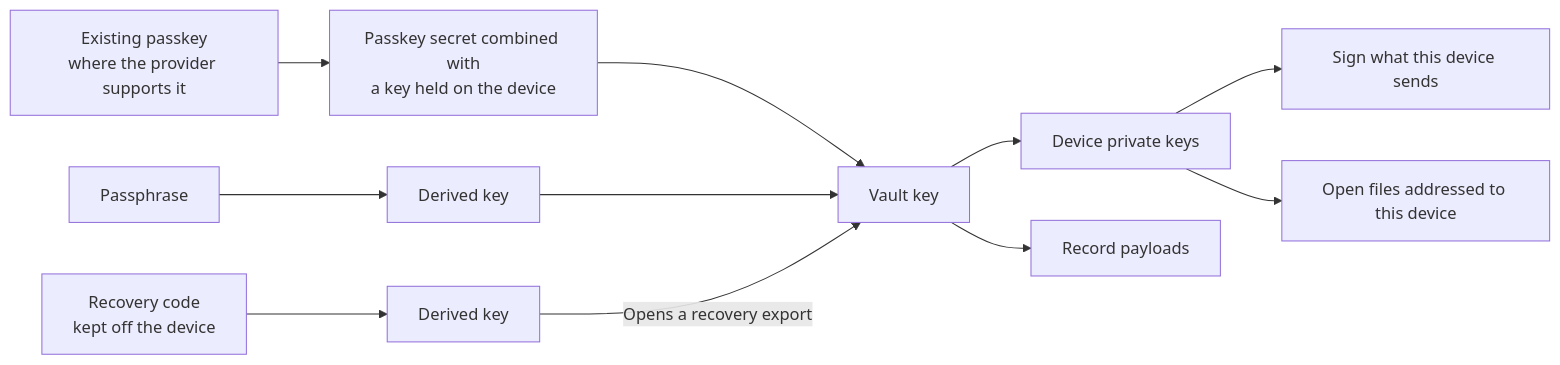
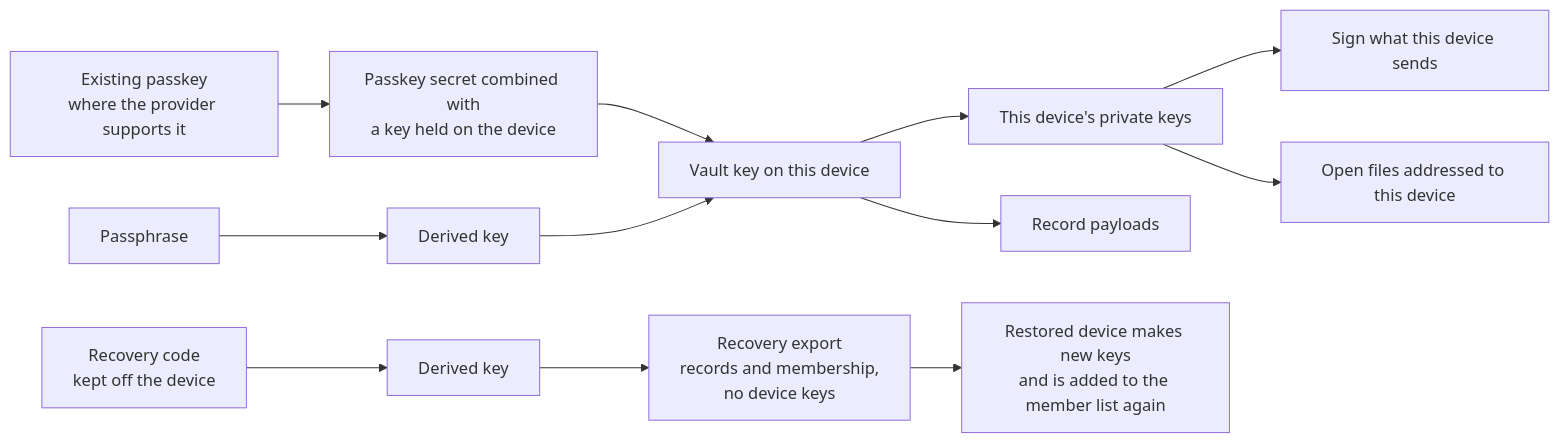
One commit to greenpill-dev-guild/green-goods changed the eighth of 14 diagrams in .plans/ideas/grove/architecture-flows.md. Above: the diagram before and after it, drawn with Mermaid. The commit also changed other lines of this file and 5 other files, not shown here.

````diff
--- a/.plans/ideas/grove/architecture-flows.md
+++ b/.plans/ideas/grove/architecture-flows.md
@@ -175,13 +176,14 @@
 ```mermaid
 flowchart LR
   PK["Existing passkey<br/>where the provider supports it"] --> K1["Passkey secret combined with<br/>a key held on the device"]
   PP["Passphrase"] --> K2["Derived key"]
-  RC["Recovery code<br/>kept off the device"] --> K3["Derived key"]
-  K1 --> VK["Vault key"]
+  K1 --> VK["Vault key on this device"]
   K2 --> VK
-  K3 -->|"Opens a recovery export"| VK
-  VK --> DK["Device private keys"]
+  VK --> DK["This device's private keys"]
   VK --> Rec["Record payloads"]
   DK --> Sign["Sign what this device sends"]
   DK --> Open["Open files addressed to this device"]
+  RC["Recovery code<br/>kept off the device"] --> K3["Derived key"]
+  K3 --> EX["Recovery export<br/>records and membership,<br/>no device keys"]
+  EX --> NEW["Restored device makes new keys<br/>and is added to the member list again"]
 ```
````
